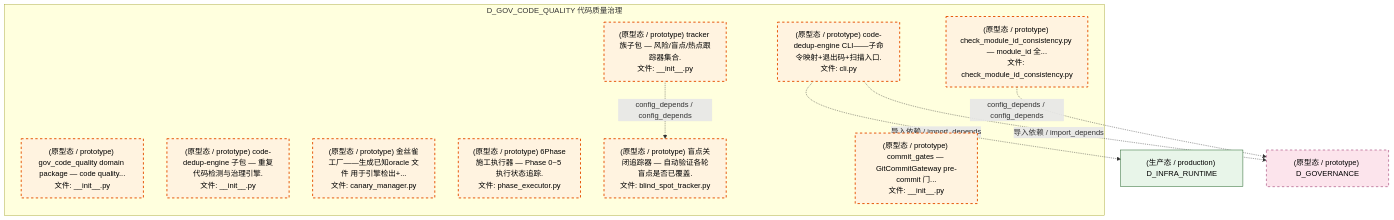
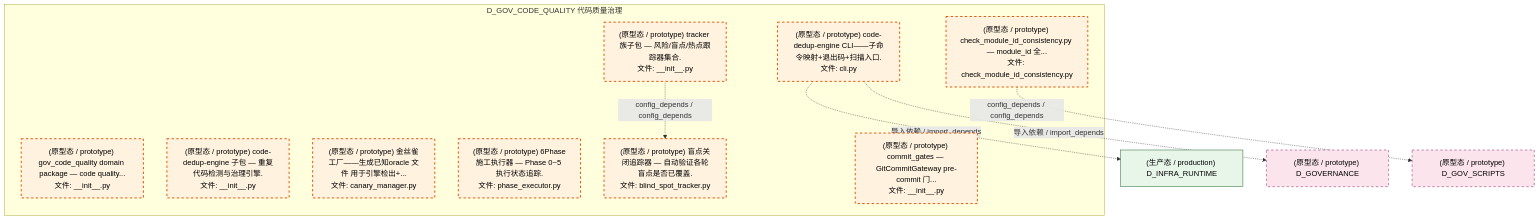
One commit to xuanFelixVan/ZephyrAlpha changed the sixth of 7 diagrams in docs/02_enterprise_architecture/02_domain_architecture_docs/16_d_gov_code_quality.md. Above: the diagram before and after it, drawn with Mermaid. The commit also changed other lines of this file and 124 other files, not shown here.

````diff
--- a/docs/02_enterprise_architecture/02_domain_architecture_docs/16_d_gov_code_quality.md
+++ b/docs/02_enterprise_architecture/02_domain_architecture_docs/16_d_gov_code_quality.md
@@ -635,27 +636,28 @@
 ```mermaid
 graph TD
     subgraph D_GOV_CODE_QUALITY["D_GOV_CODE_QUALITY 代码质量治理"]
         scripts_governance_d7_code_check_module_id_consistency_py["(原型态 / prototype) check_module_id_consistency.py — module_id 全...<br/>文件: check_module_id_consistency.py"]
         src_zephyr_gov_code_quality_init_py["(原型态 / prototype) gov_code_quality domain package — code quality...<br/>文件: __init__.py"]
         src_zephyr_gov_code_quality_code_dedup_init_py["(原型态 / prototype) code-dedup-engine 子包 — 重复代码检测与治理引擎.<br/>文件: __init__.py"]
         src_zephyr_gov_code_quality_code_dedup_canary_manager_py["(原型态 / prototype) 金丝雀工厂——生成已知oracle 文件 用于引擎检出+...<br/>文件: canary_manager.py"]
         src_zephyr_gov_code_quality_code_dedup_cli_py["(原型态 / prototype) code-dedup-engine CLI——子命令映射+退出码+扫描入口.<br/>文件: cli.py"]
         src_zephyr_gov_code_quality_code_dedup_phase_executor_py["(原型态 / prototype) 6Phase施工执行器 — Phase 0~5 执行状态追踪.<br/>文件: phase_executor.py"]
         src_zephyr_gov_code_quality_code_dedup_trackers_init_py["(原型态 / prototype) tracker 族子包 — 风险/盲点/热点跟踪器集合.<br/>文件: __init__.py"]
         src_zephyr_gov_code_quality_code_dedup_trackers_blind_spot_tracker_py["(原型态 / prototype) 盲点关闭追踪器 — 自动验证各轮盲点是否已覆盖.<br/>文件: blind_spot_tracker.py"]
         src_zephyr_gov_enforcement_commit_gates_init_py["(原型态 / prototype) commit_gates — GitCommitGateway pre-commit 门...<br/>文件: __init__.py"]
     end
     src_zephyr_gov_code_quality_code_dedup_trackers_init_py -.->|config_depends / config_depends| src_zephyr_gov_code_quality_code_dedup_trackers_blind_spot_tracker_py
     D_INFRA_RUNTIME["(生产态 / production) D_INFRA_RUNTIME"]
     src_zephyr_gov_code_quality_code_dedup_cli_py -.->|导入依赖 / import_depends| D_INFRA_RUNTIME
     D_GOVERNANCE["(原型态 / prototype) D_GOVERNANCE"]
     src_zephyr_gov_code_quality_code_dedup_cli_py -.->|导入依赖 / import_depends| D_GOVERNANCE
-    scripts_governance_d7_code_check_module_id_consistency_py -.->|config_depends / config_depends| D_GOVERNANCE
+    D_GOV_SCRIPTS["(原型态 / prototype) D_GOV_SCRIPTS"]
+    scripts_governance_d7_code_check_module_id_consistency_py -.->|config_depends / config_depends| D_GOV_SCRIPTS
     classDef production fill:#e1f5fe,stroke:#01579b,stroke-width:2px,color:#000
     classDef design fill:#fff3e0,stroke:#e65100,stroke-width:2px,color:#000,stroke-dasharray: 5 5
     classDef external_prod fill:#e8f5e9,stroke:#1b5e20,stroke-width:1px,color:#000
     classDef external_design fill:#fce4ec,stroke:#880e4f,stroke-width:1px,color:#000,stroke-dasharray: 5 5
     class scripts_governance_d7_code_check_module_id_consistency_py,src_zephyr_gov_code_quality_init_py,src_zephyr_gov_code_quality_code_dedup_init_py,src_zephyr_gov_code_quality_code_dedup_canary_manager_py,src_zephyr_gov_code_quality_code_dedup_cli_py,src_zephyr_gov_code_quality_code_dedup_phase_executor_py,src_zephyr_gov_code_quality_code_dedup_trackers_init_py,src_zephyr_gov_code_quality_code_dedup_trackers_blind_spot_tracker_py,src_zephyr_gov_enforcement_commit_gates_init_py design
     class D_INFRA_RUNTIME external_prod
-    class D_GOVERNANCE external_design
+    class D_GOVERNANCE,D_GOV_SCRIPTS external_design
 ```
````
